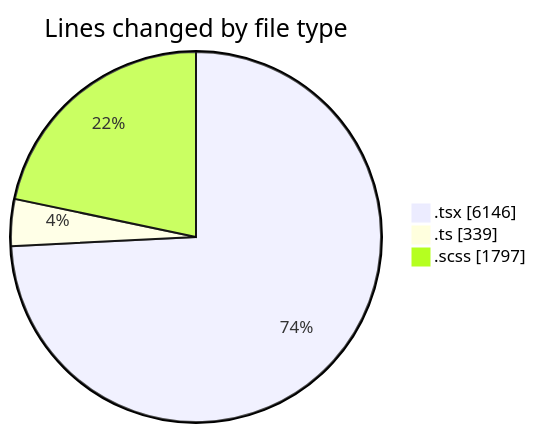
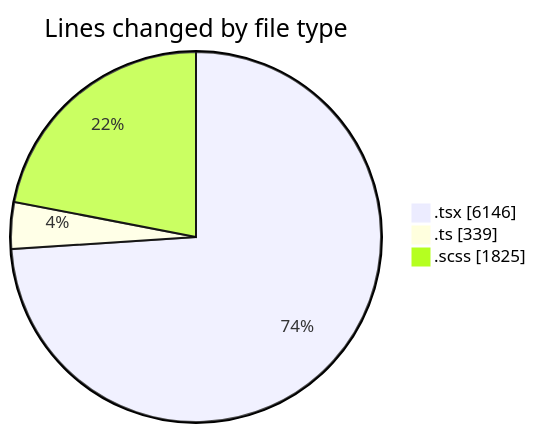
The first of 2 diagrams in 2025-07-08/cda/README.md (momahboobian/code-tracking), drawn with Mermaid before and after one commit. The commit also changed other lines of this file and 1 other file, not shown here.

````diff
--- a/2025-07-08/cda/README.md
+++ b/2025-07-08/cda/README.md
@@ -49,7 +49,7 @@
 ```mermaid
 pie showData
 title Lines changed by file type
 ".tsx" : 6146
 ".ts" : 339
-".scss" : 1797
+".scss" : 1825
 ```
````
